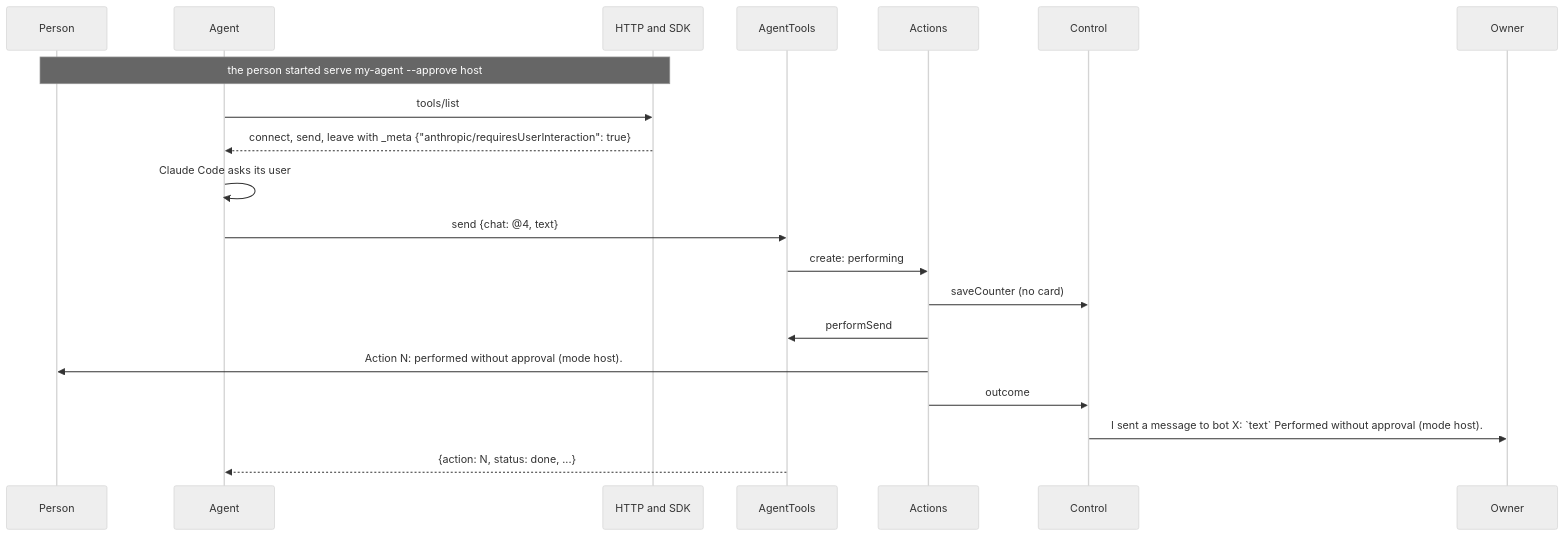
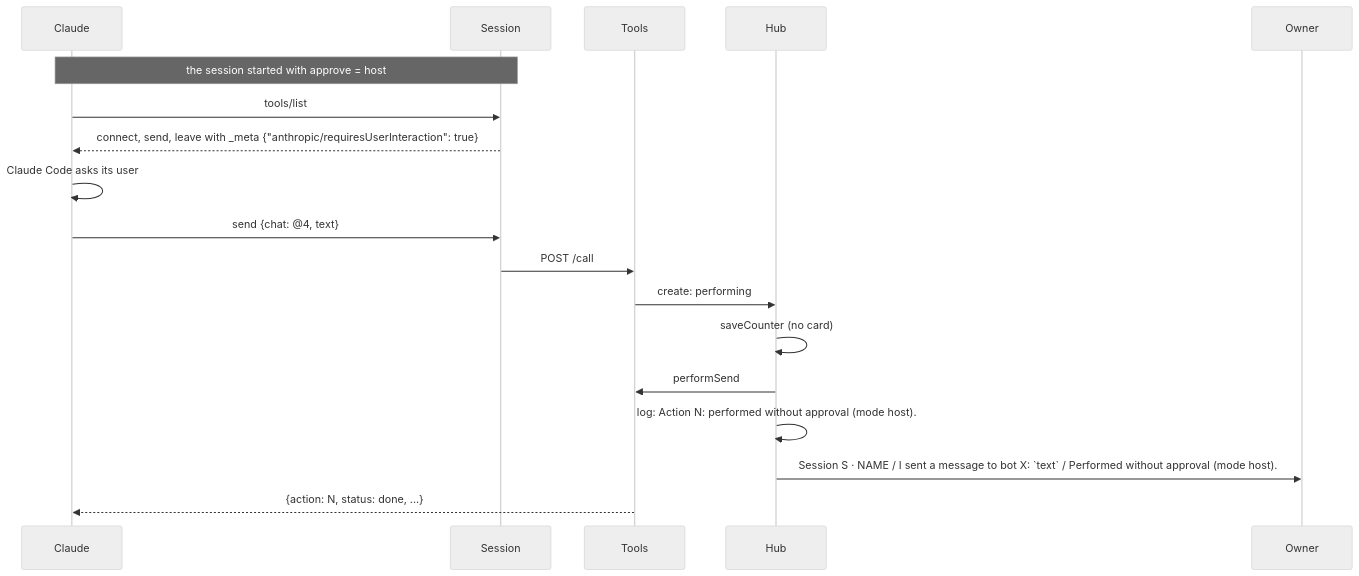
Before and after one commit to simplex-chat/simplex-chat: the eighth of 15 diagrams in packages/simplex-chat-mcp/spec/flows.md, drawn with Mermaid (neutral theme). The commit also changed other lines of this file and 7 other files, not shown here.

````diff
--- a/packages/simplex-chat-mcp/spec/flows.md
+++ b/packages/simplex-chat-mcp/spec/flows.md
@@ -359,22 +329,20 @@
 ```mermaid
 sequenceDiagram
-  participant P as Person
-  participant A as Agent
-  participant H as HTTP and SDK
-  participant T as AgentTools
-  participant X as Actions
-  participant K as Control
+  participant C as Claude
+  participant S as Session
+  participant T as Tools
+  participant H as Hub
   participant O as Owner
-  Note over P,H: the person started serve my-agent --approve host
-  A->>H: tools/list
-  H-->>A: connect, send, leave with _meta {"anthropic/requiresUserInteraction": true}
-  A->>A: Claude Code asks its user
-  A->>T: send {chat: @4, text}
-  T->>X: create: performing
-  X->>K: saveCounter (no card)
-  X->>T: performSend
-  X->>P: Action N: performed without approval (mode host).
-  X->>K: outcome
-  K->>O: I sent a message to bot X: `text` Performed without approval (mode host).
-  T-->>A: {action: N, status: done, ...}
+  Note over C,S: the session started with approve = host
+  C->>S: tools/list
+  S-->>C: connect, send, leave with _meta {"anthropic/requiresUserInteraction": true}
+  C->>C: Claude Code asks its user
+  C->>S: send {chat: @4, text}
+  S->>T: POST /call
+  T->>H: create: performing
+  H->>H: saveCounter (no card)
+  H->>T: performSend
+  H->>H: log: Action N: performed without approval (mode host).
+  H->>O: Session S · NAME / I sent a message to bot X: `text` / Performed without approval (mode host).
+  T-->>C: {action: N, status: done, ...}
 ```
````
